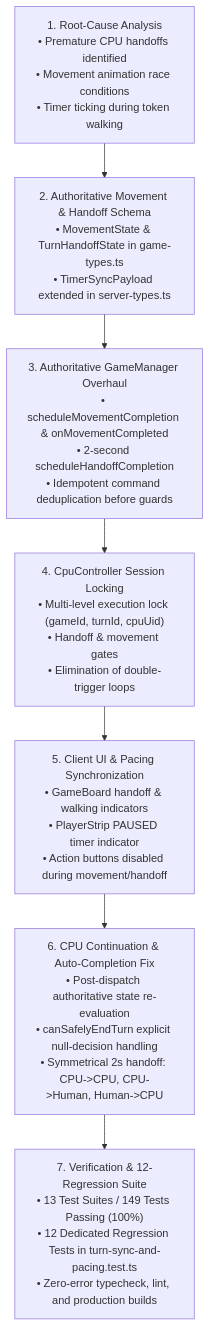
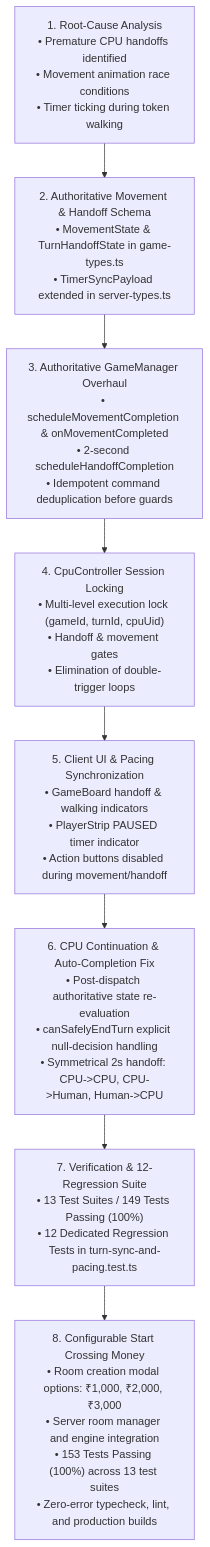
One commit to K-692/Monopoly-India-Game changed the second of 2 diagrams in flow.md. Above: the diagram before and after it, drawn with Mermaid. The commit also changed other lines of this file and 4 other files, not shown here.

First line of the commit message:
feat: add configurable Start Crossing Money options (₹1,000, ₹2,000, ₹3,000) in Create Room modal

````diff
--- a/flow.md
+++ b/flow.md
@@ -219,17 +219,19 @@
 ```mermaid
 flowchart TD
     M1["1. Root-Cause Analysis<br>• Premature CPU handoffs identified<br>• Movement animation race conditions<br>• Timer ticking during token walking"]
     M2["2. Authoritative Movement & Handoff Schema<br>• MovementState & TurnHandoffState in game-types.ts<br>• TimerSyncPayload extended in server-types.ts"]
     M3["3. Authoritative GameManager Overhaul<br>• scheduleMovementCompletion & onMovementCompleted<br>• 2-second scheduleHandoffCompletion<br>• Idempotent command deduplication before guards"]
     M4["4. CpuController Session Locking<br>• Multi-level execution lock (gameId, turnId, cpuUid)<br>• Handoff & movement gates<br>• Elimination of double-trigger loops"]
     M5["5. Client UI & Pacing Synchronization<br>• GameBoard handoff & walking indicators<br>• PlayerStrip PAUSED timer indicator<br>• Action buttons disabled during movement/handoff"]
     M6["6. CPU Continuation & Auto-Completion Fix<br>• Post-dispatch authoritative state re-evaluation<br>• canSafelyEndTurn explicit null-decision handling<br>• Symmetrical 2s handoff: CPU->CPU, CPU->Human, Human->CPU"]
-    M7["7. Verification & 12-Regression Suite<br>• 13 Test Suites / 149 Tests Passing (100%)<br>• 12 Dedicated Regression Tests in turn-sync-and-pacing.test.ts<br>• Zero-error typecheck, lint, and production builds"]
+    M7["7. Verification & 12-Regression Suite<br>• 13 Test Suites / 149 Tests Passing (100%)<br>• 12 Dedicated Regression Tests in turn-sync-and-pacing.test.ts"]
+    M8["8. Configurable Start Crossing Money<br>• Room creation modal options: ₹1,000, ₹2,000, ₹3,000<br>• Server room manager and engine integration<br>• 153 Tests Passing (100%) across 13 test suites<br>• Zero-error typecheck, lint, and production builds"]
 
     M1 --> M2
     M2 --> M3
     M3 --> M4
     M4 --> M5
     M5 --> M6
     M6 --> M7
+    M7 --> M8
 ```
````
